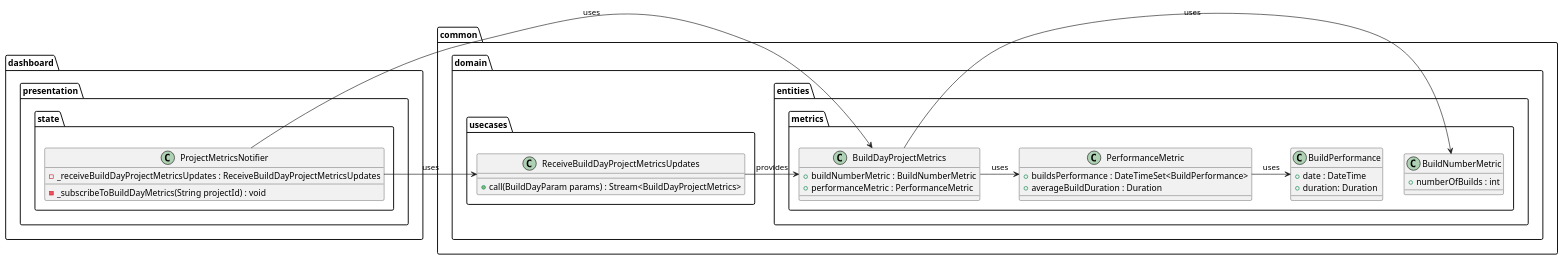
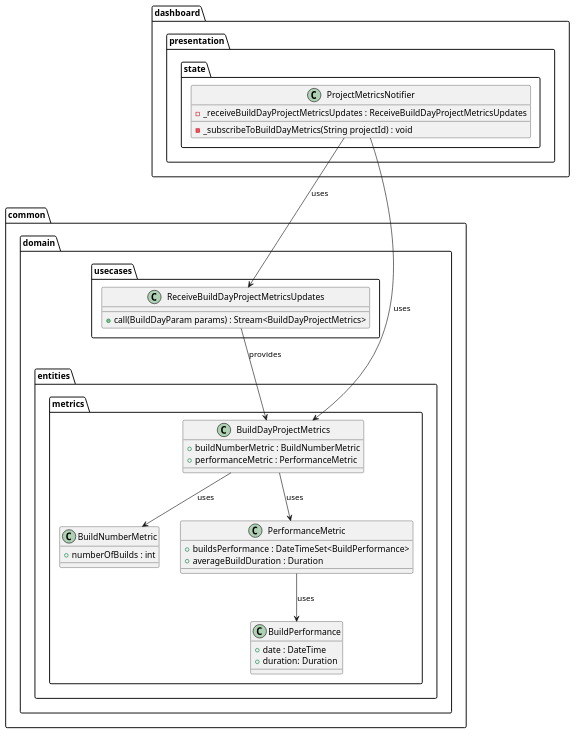
The diagram in metrics/web/docs/features/builds_aggregation/diagrams/build_days_presentation_layer_class_diagram.puml (Flank/flank-dashboard), drawn with PlantUML before and after one commit. The commit also changed 3 other files, not shown here.

```diff
--- a/metrics/web/docs/features/builds_aggregation/diagrams/build_days_presentation_layer_class_diagram.puml
+++ b/metrics/web/docs/features/builds_aggregation/diagrams/build_days_presentation_layer_class_diagram.puml
@@ -1,49 +1,49 @@
 @startuml build_days_presentation_layer_class_diagram
     package common {
         package domain {
             package entities {
                 package metrics {
                     class BuildNumberMetric {
                         + numberOfBuilds : int
                     }
                     class BuildPerformance {
                           + date : DateTime
                           + duration: Duration
                     }
                     class PerformanceMetric {
                         + buildsPerformance : DateTimeSet<BuildPerformance>
                         + averageBuildDuration : Duration
                     }
                     class BuildDayProjectMetrics {
                         + buildNumberMetric : BuildNumberMetric
                         + performanceMetric : PerformanceMetric
                     }
                 }
             }
 
             package usecases {
                 class ReceiveBuildDayProjectMetricsUpdates {
                     + call(BuildDayParam params) : Stream<BuildDayProjectMetrics>
                 }
             }
         }
     }
 
     package dashboard {
         package presentation.state {
             class ProjectMetricsNotifier {
                 - _receiveBuildDayProjectMetricsUpdates : ReceiveBuildDayProjectMetricsUpdates
                 - _subscribeToBuildDayMetrics(String projectId) : void
             }
         }
     }
 
-    ProjectMetricsNotifier -> ReceiveBuildDayProjectMetricsUpdates : uses
-    ReceiveBuildDayProjectMetricsUpdates -> BuildDayProjectMetrics : provides
-    ProjectMetricsNotifier -> BuildDayProjectMetrics : uses
+    ProjectMetricsNotifier --> ReceiveBuildDayProjectMetricsUpdates : uses
+    ReceiveBuildDayProjectMetricsUpdates --> BuildDayProjectMetrics : provides
+    ProjectMetricsNotifier --> BuildDayProjectMetrics : uses
 
-    BuildDayProjectMetrics -> BuildNumberMetric : uses
-    BuildDayProjectMetrics -> PerformanceMetric : uses
-    PerformanceMetric -> BuildPerformance : uses
+    BuildDayProjectMetrics --> BuildNumberMetric : uses
+    BuildDayProjectMetrics --> PerformanceMetric : uses
+    PerformanceMetric --> BuildPerformance : uses
     
 @enduml
```
